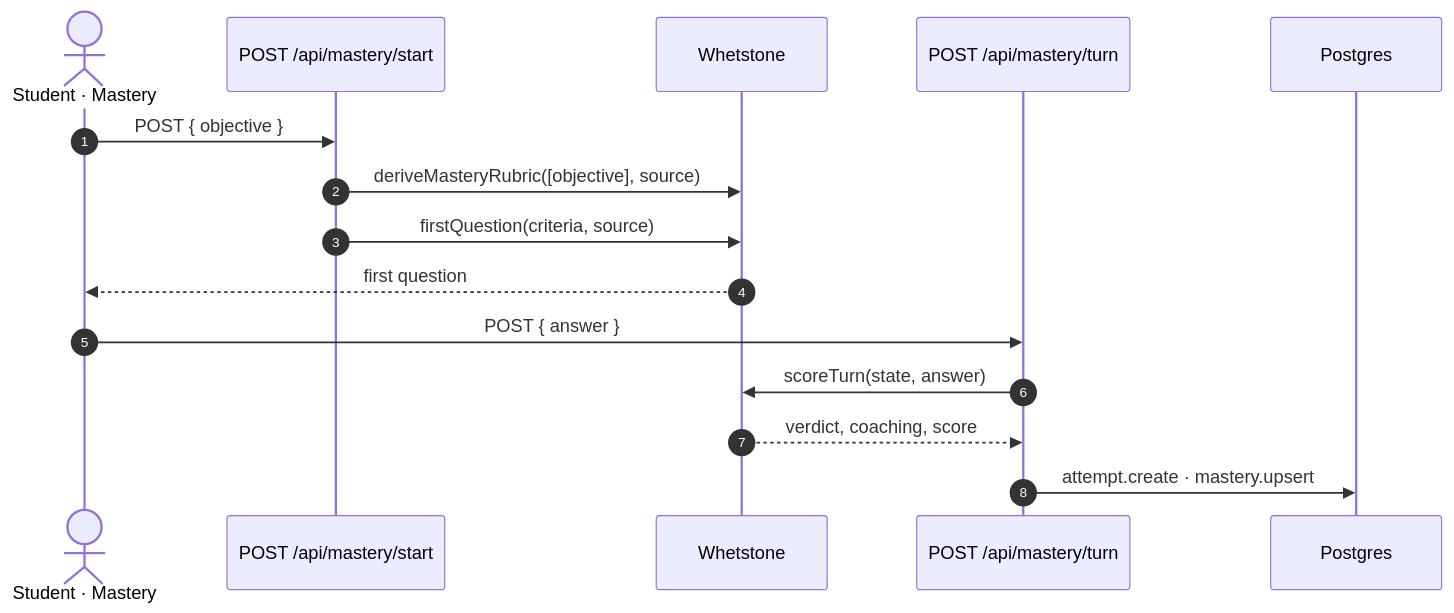
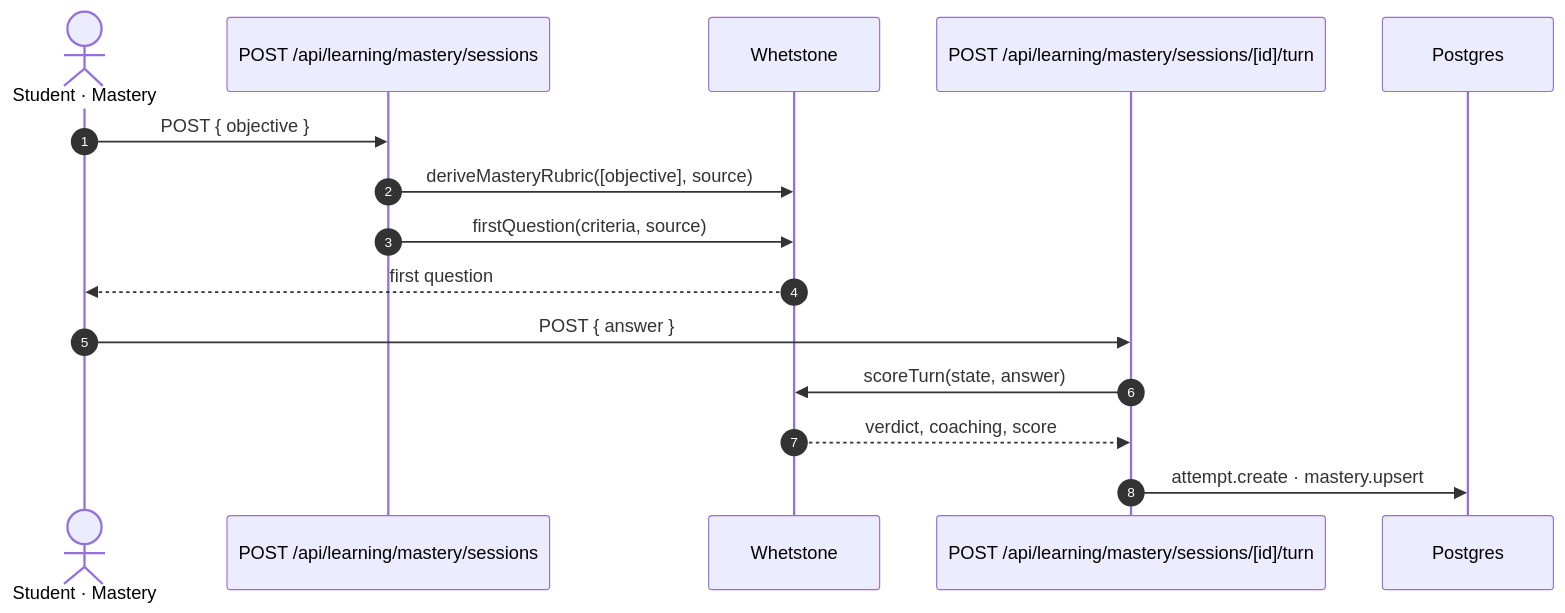
One commit to groundworklms/SchoolCircleLMS changed the fourth of 5 diagrams in docs/gameday/RANGE-CARD.md. Above: the diagram before and after it, drawn with Mermaid. The commit also changed other lines of this file and 11 other files, not shown here.

````diff
--- a/docs/gameday/RANGE-CARD.md
+++ b/docs/gameday/RANGE-CARD.md
@@ -130,17 +189,17 @@
 ```mermaid
 sequenceDiagram
   autonumber
   actor STU as Student · Mastery
-  participant S1 as POST /api/mastery/start
+  participant S1 as POST /api/learning/mastery/sessions
   participant WS as Whetstone
-  participant T1 as POST /api/mastery/turn
+  participant T1 as POST /api/learning/mastery/sessions/[id]/turn
   participant DB as Postgres
   STU->>S1: POST { objective }
   S1->>WS: deriveMasteryRubric([objective], source)
   S1->>WS: firstQuestion(criteria, source)
   WS-->>STU: first question
   STU->>T1: POST { answer }
   T1->>WS: scoreTurn(state, answer)
   WS-->>T1: verdict, coaching, score
   T1->>DB: attempt.create · mastery.upsert
 ```
````
